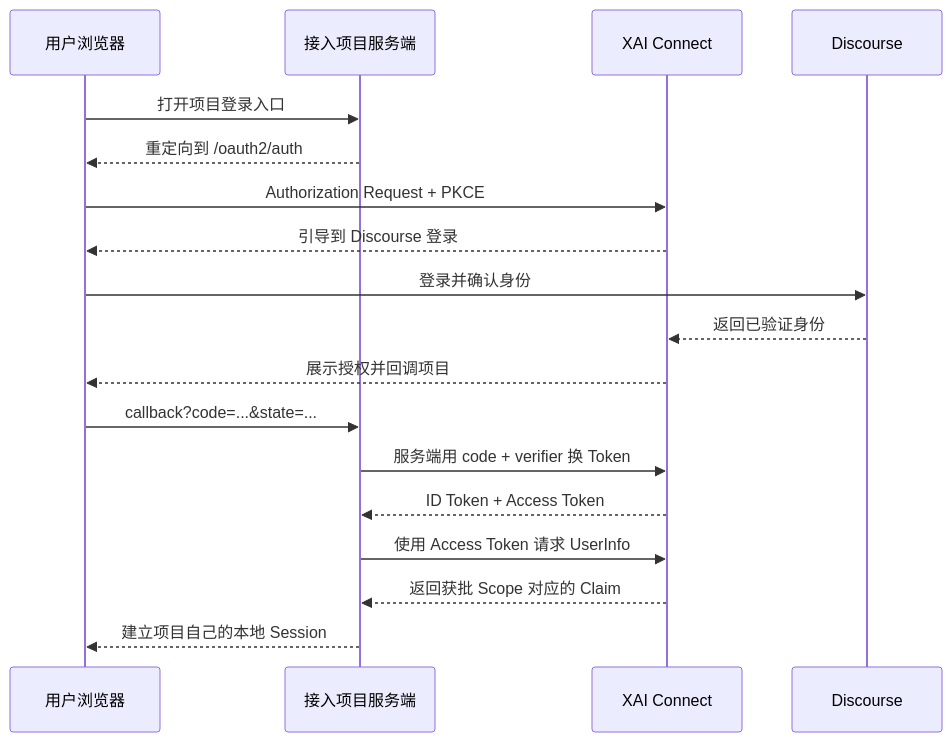
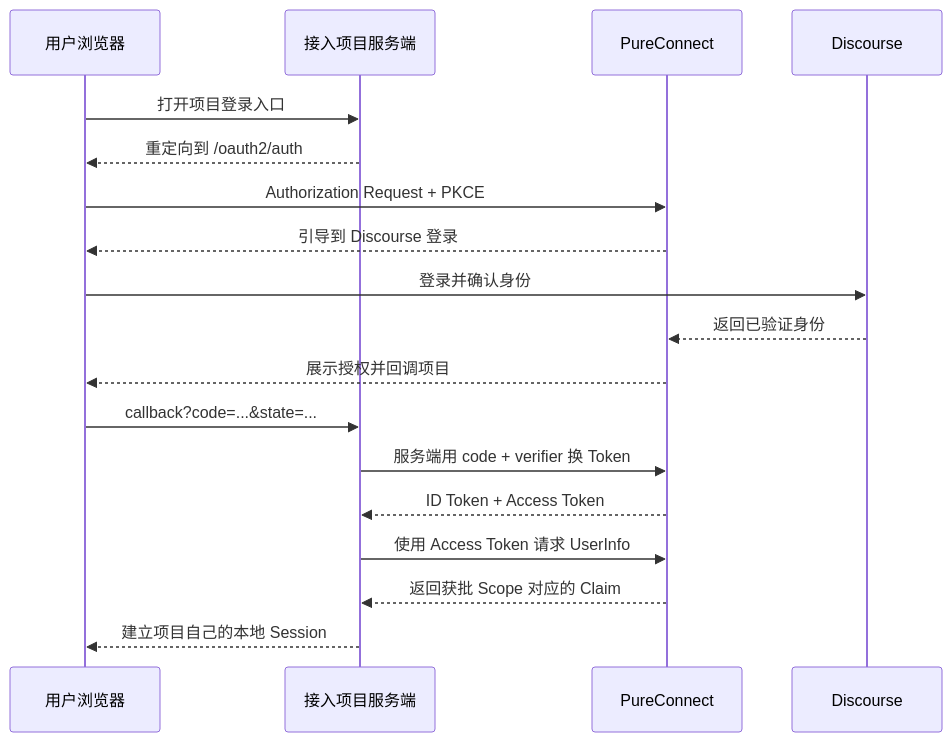
One commit to puremixai/open-xai-connect changed the diagram in docs/integration-guide.md. Above: the diagram before and after it, drawn with Mermaid. The commit also changed other lines of this file and 26 other files, not shown here.

Commit message:
chore: rebrand project as PureConnect

````diff
--- a/docs/integration-guide.md
+++ b/docs/integration-guide.md
@@ -52,21 +52,21 @@
 ```mermaid
 sequenceDiagram
     participant B as 用户浏览器
     participant A as 接入项目服务端
-    participant C as XAI Connect
+    participant C as PureConnect
     participant D as Discourse
 
     B->>A: 打开项目登录入口
     A-->>B: 重定向到 /oauth2/auth
     B->>C: Authorization Request + PKCE
     C-->>B: 引导到 Discourse 登录
     B->>D: 登录并确认身份
     D-->>C: 返回已验证身份
     C-->>B: 展示授权并回调项目
     B->>A: callback?code=...&state=...
     A->>C: 服务端用 code + verifier 换 Token
     C-->>A: ID Token + Access Token
     A->>C: 使用 Access Token 请求 UserInfo
     C-->>A: 返回获批 Scope 对应的 Claim
     A-->>B: 建立项目自己的本地 Session
 ```
````
